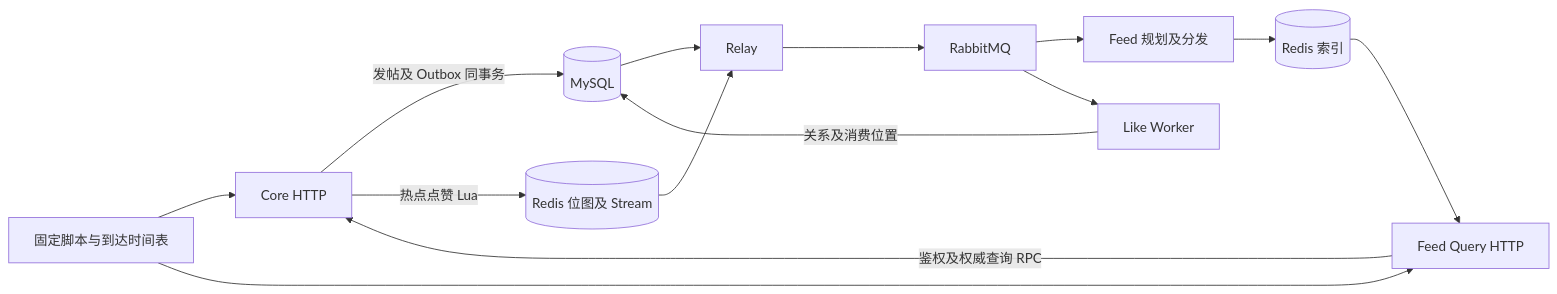
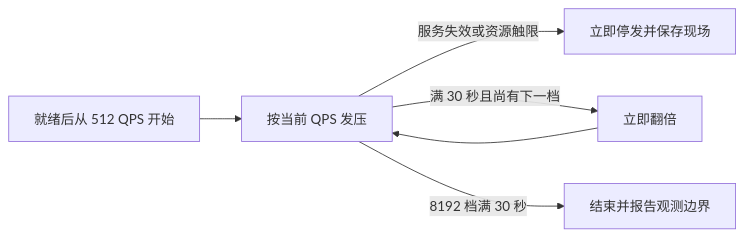
Before and after one commit to SCPZ24/NoteX: the first of 2 diagrams in docs/operations/综合压测方案.md, drawn with Mermaid. The commit also changed other lines of this file, not shown here.

````diff
--- a/docs/operations/综合压测方案.md
+++ b/docs/operations/综合压测方案.md
@@ -9,16 +39,8 @@
 ```mermaid
 flowchart LR
-    G[固定脚本与到达时间表] --> C[Core HTTP]
-    G --> Q[Feed Query HTTP]
-    Q -->|鉴权及权威查询 RPC| C
-    C -->|发帖及 Outbox 同事务| DB[(MySQL)]
-    DB --> R[Relay]
-    R --> M[RabbitMQ]
-    M --> F[Feed 规划及分发]
-    F --> I[(Redis 索引)]
-    I --> Q
-    C -->|热点点赞 Lua| S[(Redis 位图及 Stream)]
-    S --> R
-    M --> L[Like Worker]
-    L -->|关系及消费位置| DB
+    A[就绪后从 512 QPS 开始] --> B[按当前 QPS 发压]
+    B -->|服务失效或资源触限| E[立即停发并保存现场]
+    B -->|满 30 秒且尚有下一档| C[立即翻倍]
+    C --> B
+    B -->|8192 档满 30 秒| D[结束并报告观测边界]
 ```
````
